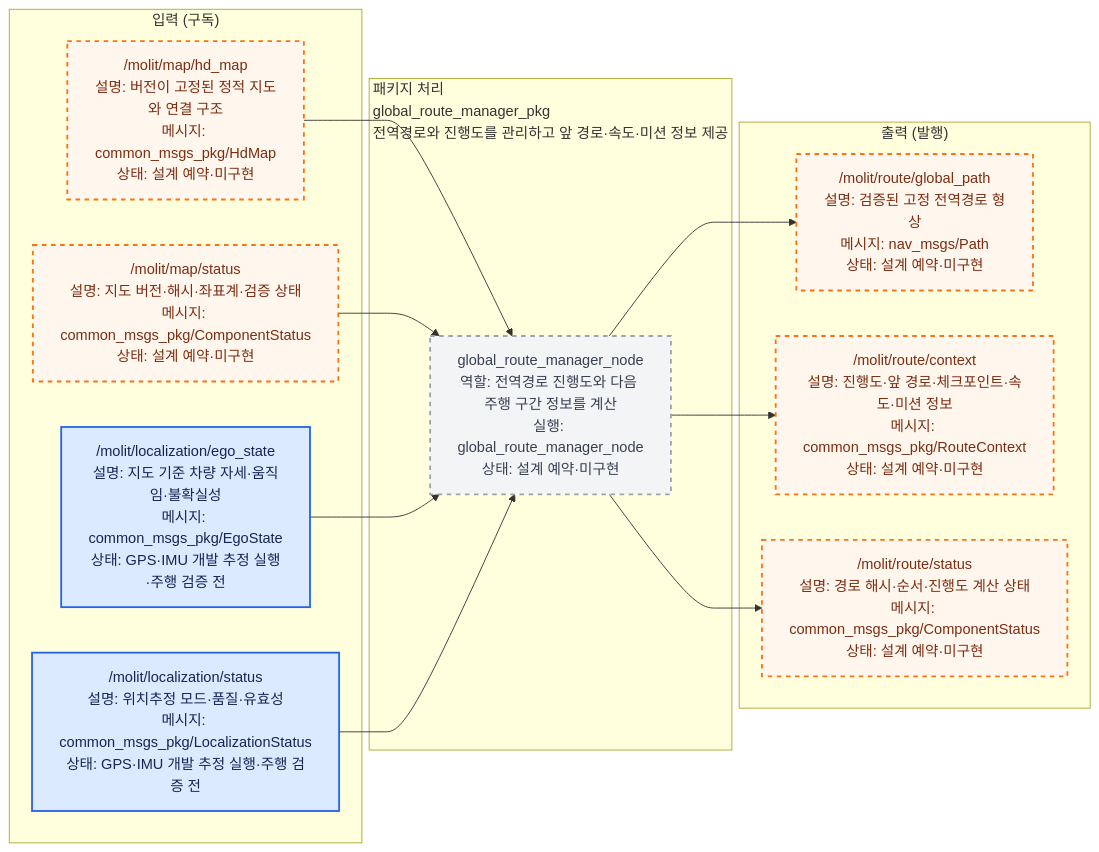
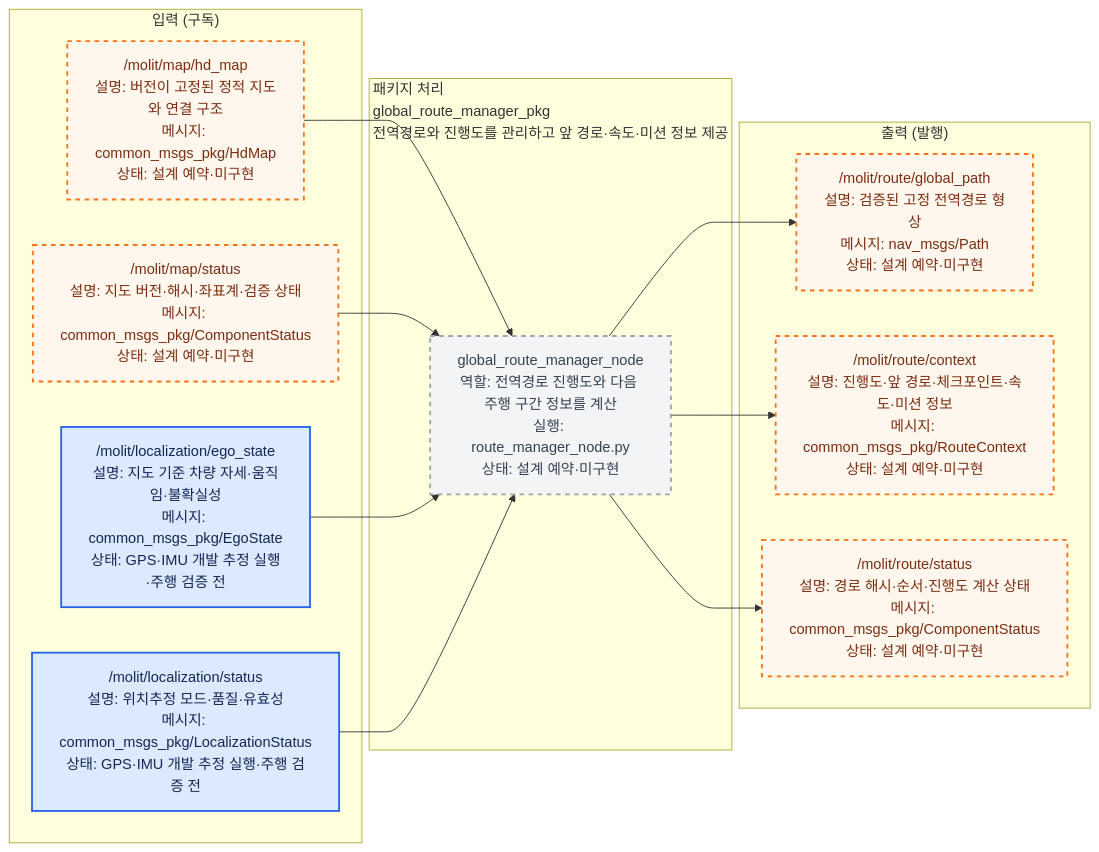
The diagram in src/global_route_manager_pkg/docs/interface_io.mmd (Team-Stier/Morai_Sim_team2), drawn with Mermaid before and after one commit. The commit also changed 81 other files, not shown here.

```diff
--- a/src/global_route_manager_pkg/docs/interface_io.mmd
+++ b/src/global_route_manager_pkg/docs/interface_io.mmd
@@ -1,41 +1,41 @@
 %% AUTO-GENERATED by ros_architecture_pkg/scripts/generate_interface_diagrams.py. DO NOT EDIT.
 %% Source of truth: ros_architecture_pkg/config/interface_contract.yaml
 flowchart LR
     classDef liveNode fill:#dcfce7,color:#14532d,stroke:#16a34a,stroke-width:2px;
     classDef reservedNode fill:#f3f4f6,color:#374151,stroke:#9ca3af,stroke-width:2px,stroke-dasharray: 5 5;
     classDef liveTopic fill:#dbeafe,color:#172554,stroke:#2563eb,stroke-width:2px;
     classDef reservedTopic fill:#fff7ed,color:#7c2d12,stroke:#f97316,stroke-width:2px,stroke-dasharray: 5 5;
     classDef emptyPort fill:#ffffff,color:#6b7280,stroke:#d1d5db,stroke-dasharray: 3 3;
     classDef externalEndpoint fill:#f3e8ff,color:#581c87,stroke:#9333ea,stroke-width:3px;
 
     subgraph INPUTS["입력 (구독)"]
         input_000["/molit/map/hd_map<br/>설명: 버전이 고정된 정적 지도와 연결 구조<br/>메시지: common_msgs_pkg/HdMap<br/>상태: 설계 예약·미구현"]
         input_001["/molit/map/status<br/>설명: 지도 버전·해시·좌표계·검증 상태<br/>메시지: common_msgs_pkg/ComponentStatus<br/>상태: 설계 예약·미구현"]
         input_002["/molit/localization/ego_state<br/>설명: 지도 기준 차량 자세·움직임·불확실성<br/>메시지: common_msgs_pkg/EgoState<br/>상태: GPS·IMU 개발 추정 실행·주행 검증 전"]
         input_003["/molit/localization/status<br/>설명: 위치추정 모드·품질·유효성<br/>메시지: common_msgs_pkg/LocalizationStatus<br/>상태: GPS·IMU 개발 추정 실행·주행 검증 전"]
     end
     subgraph PACKAGE["패키지 처리<br/>global_route_manager_pkg<br/>전역경로와 진행도를 관리하고 앞 경로·속도·미션 정보 제공"]
-        local_node_000["global_route_manager_node<br/>역할: 전역경로 진행도와 다음 주행 구간 정보를 계산<br/>실행: global_route_manager_node<br/>상태: 설계 예약·미구현"]
+        local_node_000["global_route_manager_node<br/>역할: 전역경로 진행도와 다음 주행 구간 정보를 계산<br/>실행: route_manager_node.py<br/>상태: 설계 예약·미구현"]
     end
     subgraph OUTPUTS["출력 (발행)"]
         output_000["/molit/route/global_path<br/>설명: 검증된 고정 전역경로 형상<br/>메시지: nav_msgs/Path<br/>상태: 설계 예약·미구현"]
         output_001["/molit/route/context<br/>설명: 진행도·앞 경로·체크포인트·속도·미션 정보<br/>메시지: common_msgs_pkg/RouteContext<br/>상태: 설계 예약·미구현"]
         output_002["/molit/route/status<br/>설명: 경로 해시·순서·진행도 계산 상태<br/>메시지: common_msgs_pkg/ComponentStatus<br/>상태: 설계 예약·미구현"]
     end
 
     input_000 --> local_node_000
     input_001 --> local_node_000
     input_002 --> local_node_000
     input_003 --> local_node_000
     local_node_000 --> output_000
     local_node_000 --> output_001
     local_node_000 --> output_002
 
     class local_node_000 reservedNode;
     class input_000 reservedTopic;
     class input_001 reservedTopic;
     class input_002 liveTopic;
     class input_003 liveTopic;
     class output_000 reservedTopic;
     class output_001 reservedTopic;
     class output_002 reservedTopic;
```
